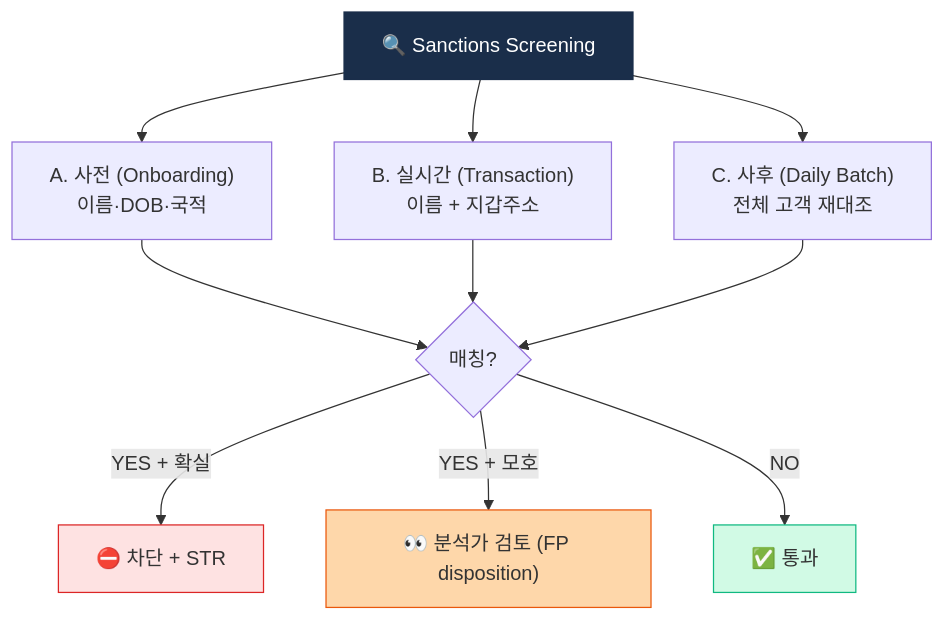
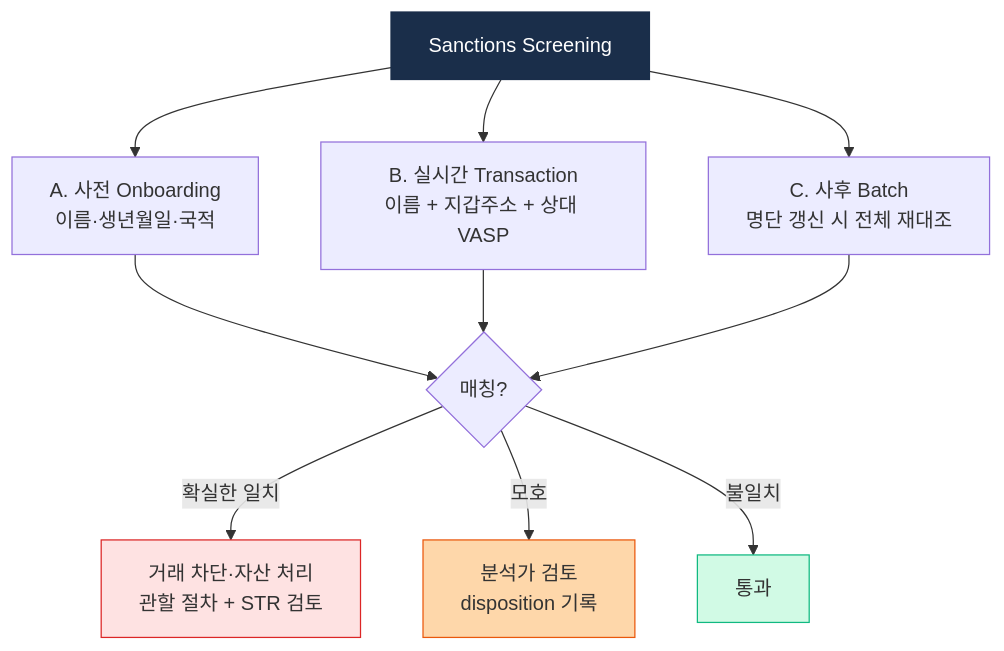
Before and after one commit to lala-david/aml-notes: the first of 3 diagrams in notes/5-compliance/sanctions-screening.md, drawn with Mermaid. The commit also changed other lines of this file and 233 other files, not shown here.

````diff
--- a/notes/5-compliance/sanctions-screening.md
+++ b/notes/5-compliance/sanctions-screening.md
@@ -16,14 +18,16 @@
 ```mermaid
 flowchart TB
-    S["🔍 Sanctions Screening"] --> Pre["A. 사전 (Onboarding)<br/>이름·DOB·국적"]
-    S --> Live["B. 실시간 (Transaction)<br/>이름 + 지갑주소"]
-    S --> Batch["C. 사후 (Daily Batch)<br/>전체 고객 재대조"]
-    Pre & Live & Batch --> M{"매칭?"}
-    M -->|YES + 확실| BLOCK["⛔ 차단 + STR"]
-    M -->|YES + 모호| REV["👀 분석가 검토 (FP disposition)"]
-    M -->|NO| OK["✅ 통과"]
+    S["Sanctions Screening"] --> Pre["A. 사전 Onboarding<br/>이름·생년월일·국적"]
+    S --> Live["B. 실시간 Transaction<br/>이름 + 지갑주소 + 상대 VASP"]
+    S --> Batch["C. 사후 Batch<br/>명단 갱신 시 전체 재대조"]
+    Pre --> M{"매칭?"}
+    Live --> M
+    Batch --> M
+    M -->|확실한 일치| BLOCK["거래 차단·자산 처리<br/>관할 절차 + STR 검토"]
+    M -->|모호| REV["분석가 검토<br/>disposition 기록"]
+    M -->|불일치| OK["통과"]
     style S fill:#1a2e4a,color:#fff,stroke:#1a2e4a
     style BLOCK fill:#fee2e2,stroke:#dc2626
     style REV fill:#fed7aa,stroke:#ea580c
     style OK fill:#d1fae5,stroke:#10b981
 ```
````
